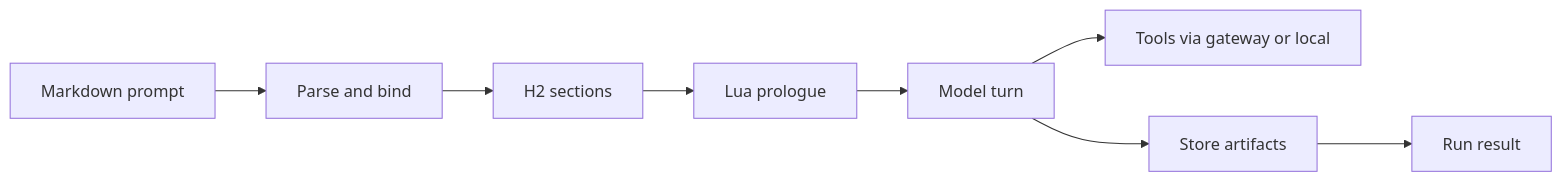
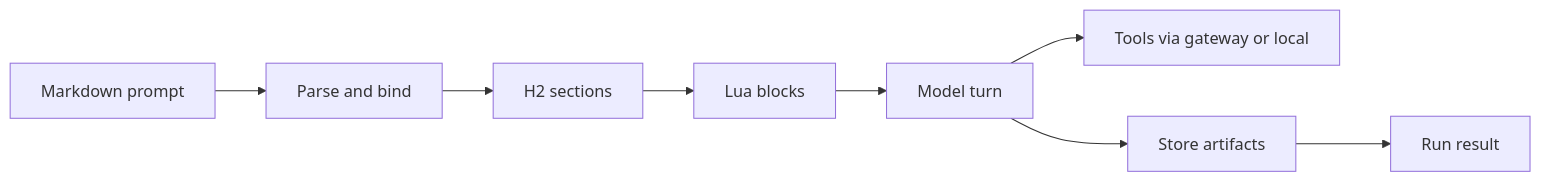
The diagram in README.md (cppalliance/promptforge), drawn with Mermaid before and after one commit. The commit also changed other lines of this file and 13 other files, not shown here.

````diff
--- a/README.md
+++ b/README.md
@@ -91,10 +91,10 @@
 ```mermaid
 flowchart LR
   MD[Markdown prompt] --> Parse[Parse and bind]
   Parse --> Sec[H2 sections]
-  Sec --> Lua[Lua prologue]
+  Sec --> Lua[Lua blocks]
   Lua --> Model[Model turn]
   Model --> Tools[Tools via gateway or local]
   Model --> Store[Store artifacts]
   Store --> Out[Run result]
 ```
````
